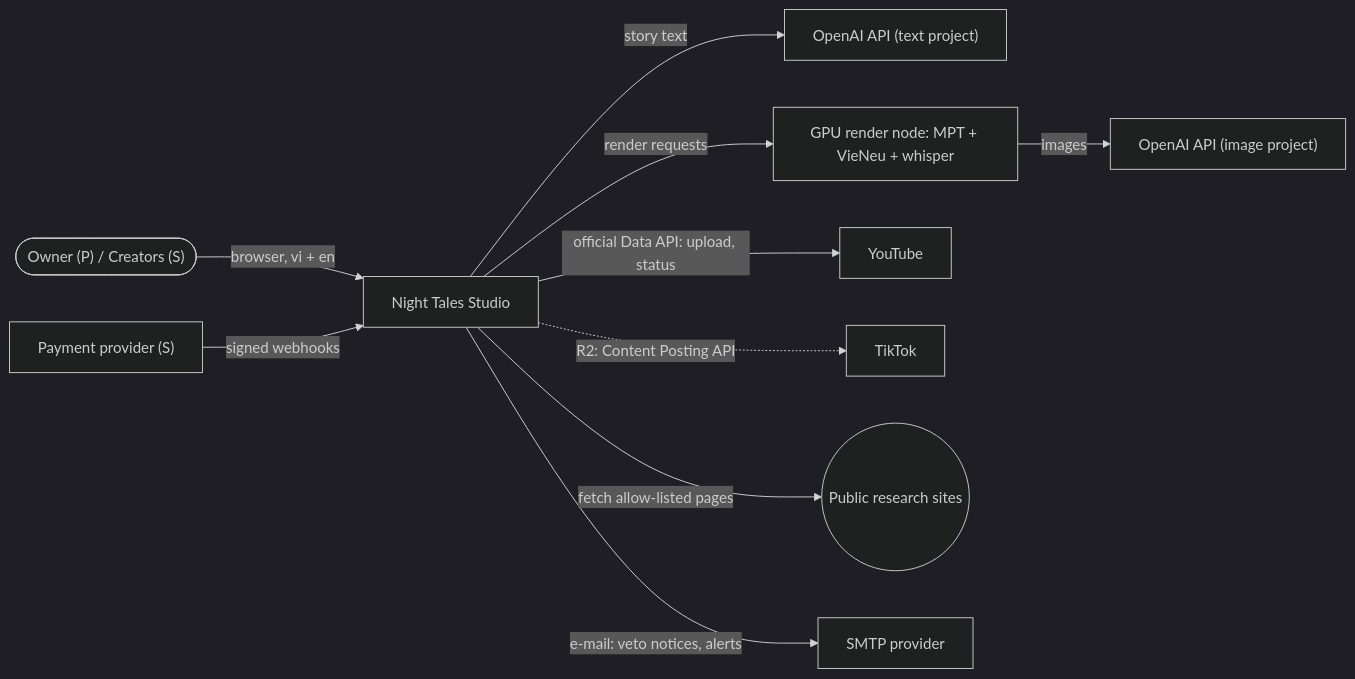
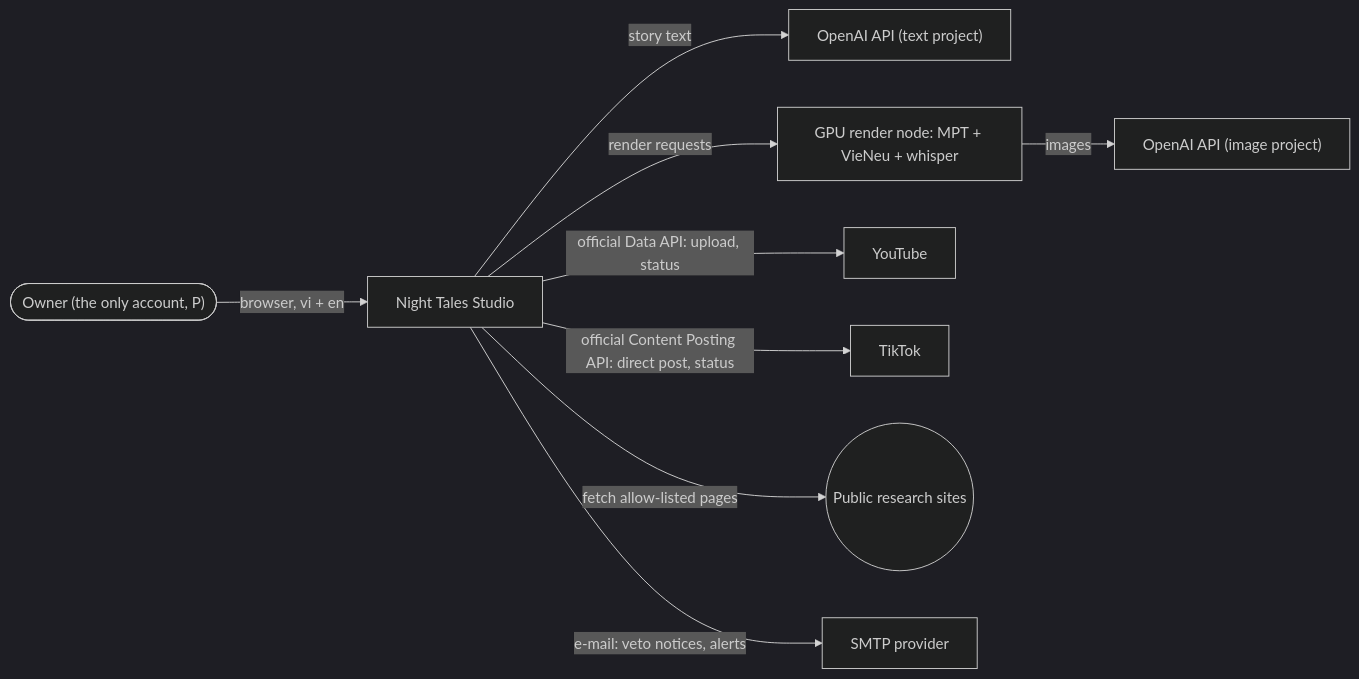
The first of 17 diagrams in DIAGRAMS.md (anglesen1120/NightTalesStudio), drawn with Mermaid (dark theme) before and after one commit. The commit also changed other lines of this file and 335 other files, not shown here.

````diff
--- a/DIAGRAMS.md
+++ b/DIAGRAMS.md
@@ -32,12 +31,11 @@
 ```mermaid
 flowchart LR
-  OWNER(["Owner (P) / Creators (S)"]) -->|"browser, vi + en"| NTS["Night Tales Studio"]
+  OWNER(["Owner (the only account, P)"]) -->|"browser, vi + en"| NTS["Night Tales Studio"]
   NTS -->|"story text"| OAI["OpenAI API (text project)"]
   NTS -->|"render requests"| GPU["GPU render node: MPT + VieNeu + whisper"]
   GPU -->|"images"| OAI2["OpenAI API (image project)"]
   NTS -->|"official Data API: upload, status"| YT["YouTube"]
-  NTS -. "R2: Content Posting API" .-> TT["TikTok"]
+  NTS -->|"official Content Posting API: direct post, status"| TT["TikTok"]
   NTS -->|"fetch allow-listed pages"| WEB(("Public research sites"))
-  PAY["Payment provider (S)"] -->|"signed webhooks"| NTS
   NTS -->|"e-mail: veto notices, alerts"| MAIL["SMTP provider"]
 ```
````
